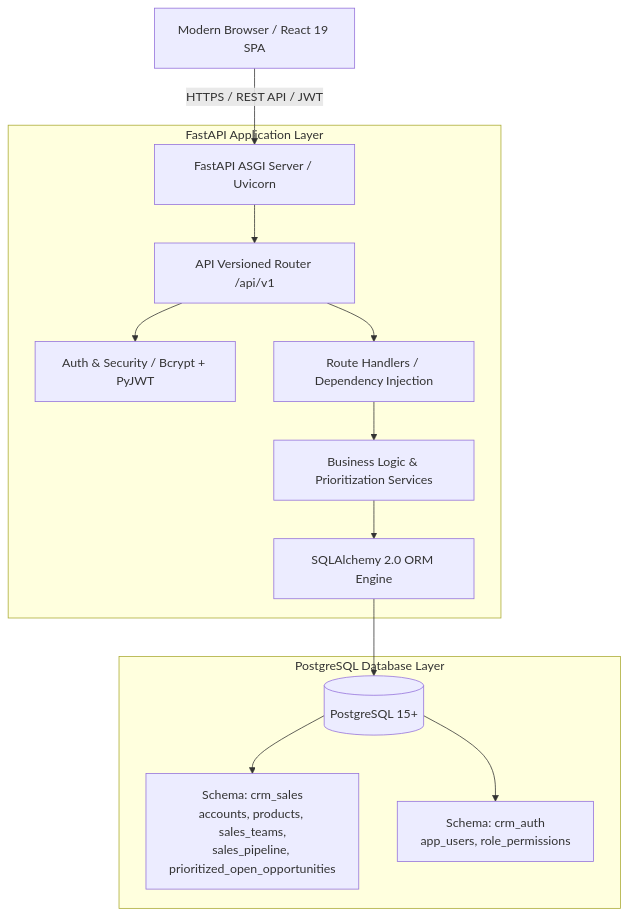
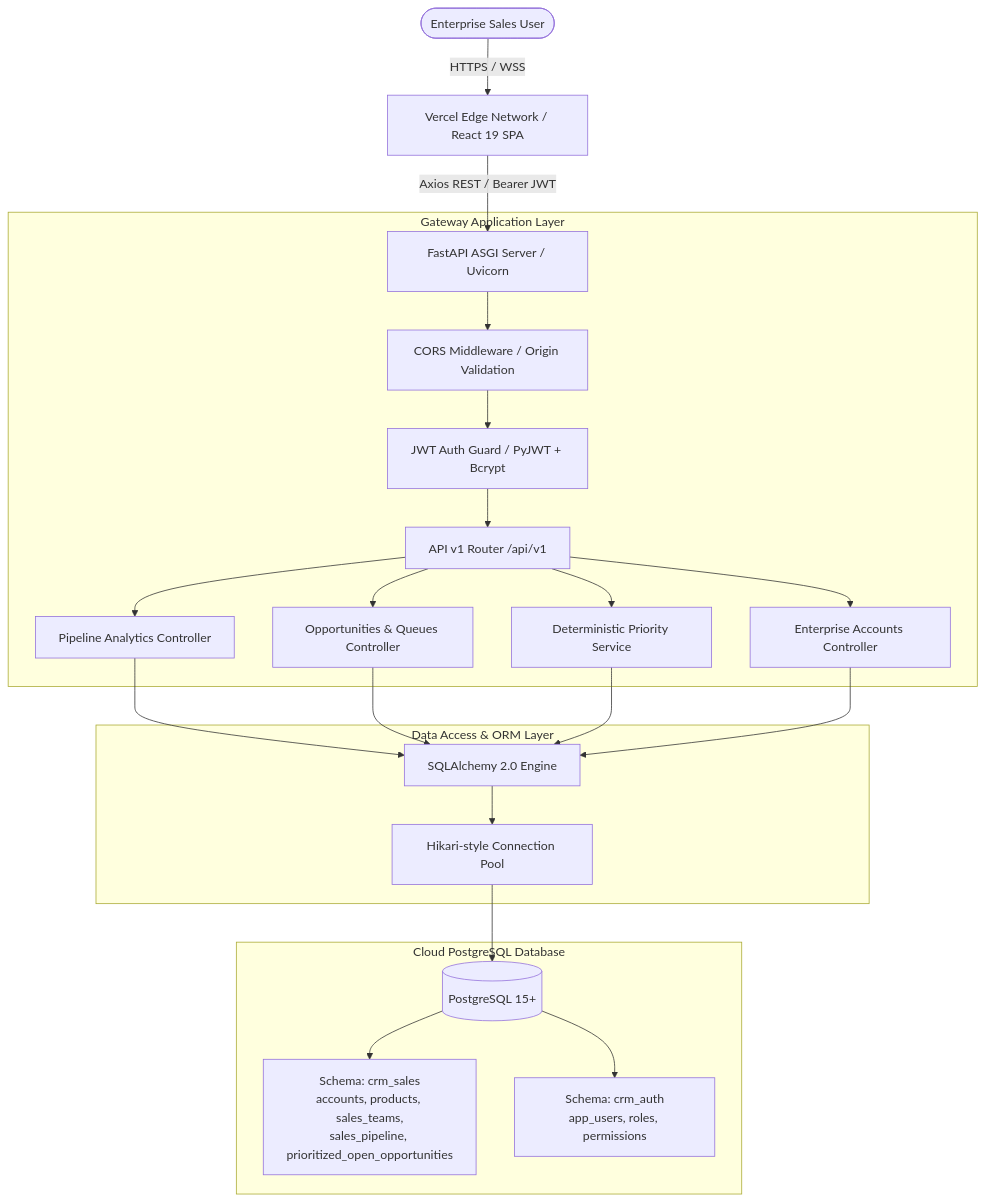
Before and after one commit to kumarvishal10351/Vantage-CRM: the diagram in README.md, drawn with Mermaid. The commit also changed other lines of this file, not shown here.

Commit message:
docs: elevate README to FAANG-grade engineering specification with live Render badges and cURL API guide

````diff
--- a/README.md
+++ b/README.md
@@ -82,18 +102,27 @@
 ```mermaid
 graph TD
-    Client[Modern Browser / React 19 SPA] -->|HTTPS / REST API / JWT| Gateway[FastAPI ASGI Server / Uvicorn]
+    User([Enterprise Sales User]) -->|HTTPS / WSS| CDN[Vercel Edge Network / React 19 SPA]
+    CDN -->|Axios REST / Bearer JWT| Gateway[FastAPI ASGI Server / Uvicorn]
     
-    subgraph FastAPI Application Layer
-        Gateway --> Router[API Versioned Router /api/v1]
-        Router --> Auth[Auth & Security / Bcrypt + PyJWT]
-        Router --> Controllers[Route Handlers / Dependency Injection]
-        Controllers --> Services[Business Logic & Prioritization Services]
-        Services --> ORM[SQLAlchemy 2.0 ORM Engine]
+    subgraph Gateway Application Layer
+        Gateway --> CORS[CORS Middleware / Origin Validation]
+        CORS --> AuthDep[JWT Auth Guard / PyJWT + Bcrypt]
+        AuthDep --> V1Router[API v1 Router /api/v1]
+        
+        V1Router --> PipelineCtrl[Pipeline Analytics Controller]
+        V1Router --> OppCtrl[Opportunities & Queues Controller]
+        V1Router --> PriorityCtrl[Deterministic Priority Service]
+        V1Router --> AccountCtrl[Enterprise Accounts Controller]
     end
 
-    subgraph PostgreSQL Database Layer
-        ORM --> DB[(PostgreSQL 15+)]
-        DB --> CRM_SALES[Schema: crm_sales<br/>accounts, products, sales_teams,<br/>sales_pipeline, prioritized_open_opportunities]
-        DB --> CRM_AUTH[Schema: crm_auth<br/>app_users, role_permissions]
+    subgraph Data Access & ORM Layer
+        PipelineCtrl & OppCtrl & PriorityCtrl & AccountCtrl --> SQLAlchemy[SQLAlchemy 2.0 Engine]
+        SQLAlchemy --> ConnPool[Hikari-style Connection Pool]
+    end
+
+    subgraph Cloud PostgreSQL Database
+        ConnPool --> DB[(PostgreSQL 15+)]
+        DB --> SchemaSales[Schema: crm_sales<br/>accounts, products, sales_teams,<br/>sales_pipeline, prioritized_open_opportunities]
+        DB --> SchemaAuth[Schema: crm_auth<br/>app_users, roles, permissions]
     end
 ```
````
